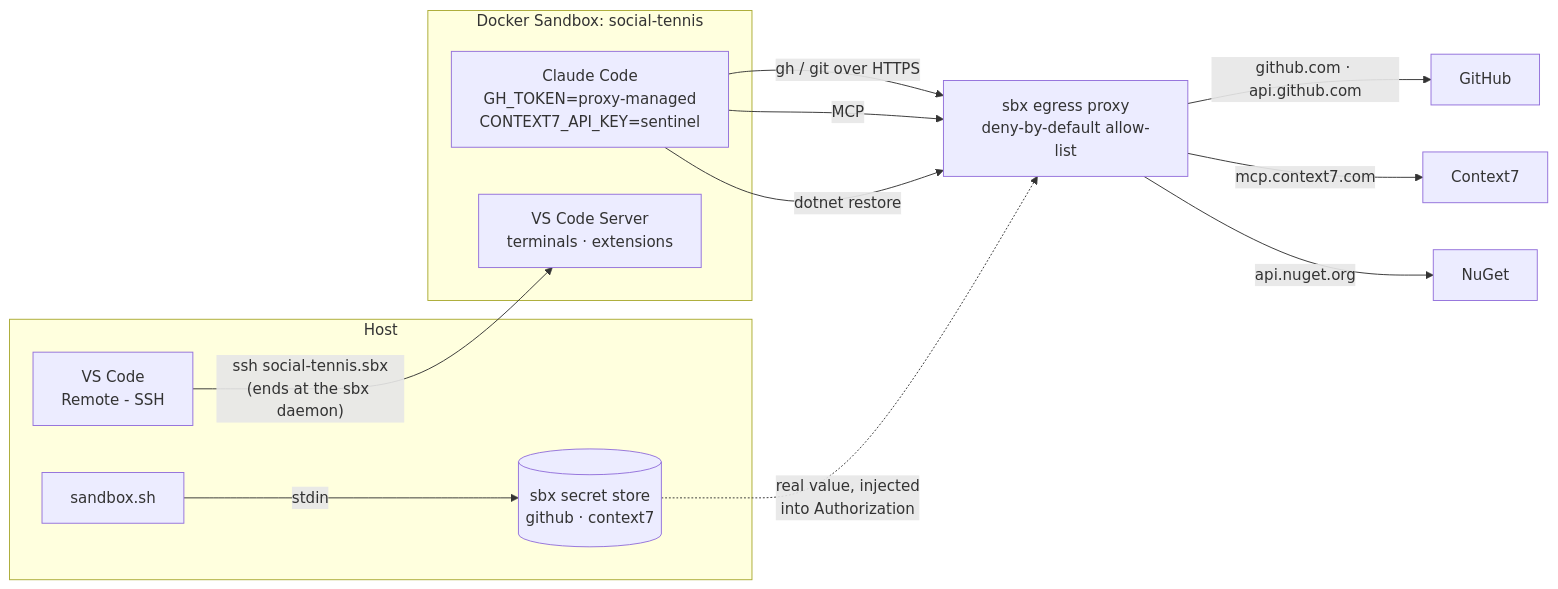
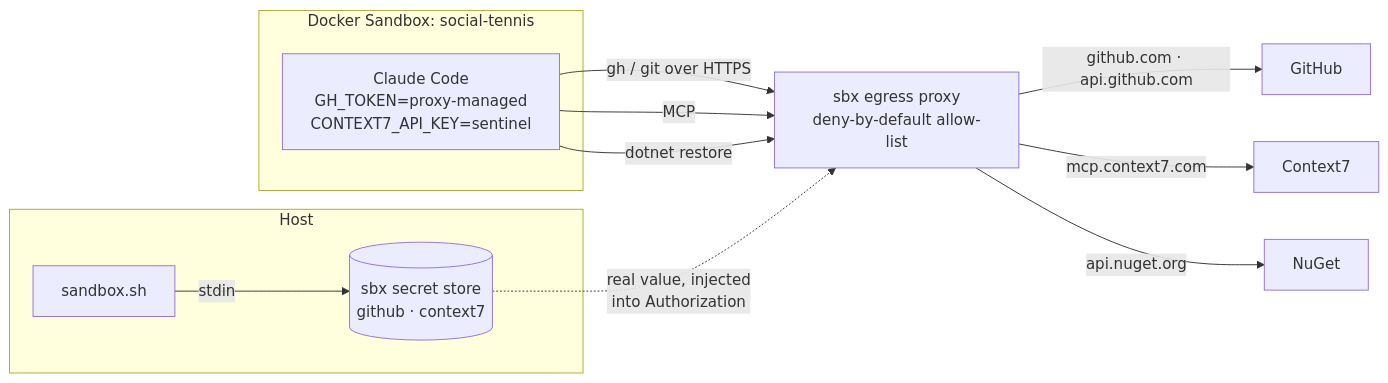
One commit to l1em1on1/social-tennis changed the sixth of 11 diagrams in docs/architecture.md. Above: the diagram before and after it, drawn with Mermaid. The commit also changed other lines of this file and 6 other files, not shown here.

````diff
--- a/docs/architecture.md
+++ b/docs/architecture.md
@@ -276,20 +274,17 @@
 ```mermaid
 flowchart LR
     subgraph host ["Host"]
         S["sandbox.sh"] -->|"stdin"| SS[("sbx secret store<br/>github · context7")]
-        V["VS Code<br/>Remote - SSH"]
     end
     subgraph sbx ["Docker Sandbox: social-tennis"]
         C["Claude Code<br/>GH_TOKEN=proxy-managed<br/>CONTEXT7_API_KEY=sentinel"]
-        VS["VS Code Server<br/>terminals · extensions"]
     end
-    V -->|"ssh social-tennis.sbx<br/>(ends at the sbx daemon)"| VS
     PX["sbx egress proxy<br/>deny-by-default allow-list"]
     C -->|"gh / git over HTTPS"| PX
     C -->|"MCP"| PX
     C -->|"dotnet restore"| PX
     SS -.->|"real value, injected<br/>into Authorization"| PX
     PX -->|"github.com · api.github.com"| GH[GitHub]
     PX -->|"mcp.context7.com"| C7[Context7]
     PX -->|"api.nuget.org"| NG[NuGet]
 ```
````
